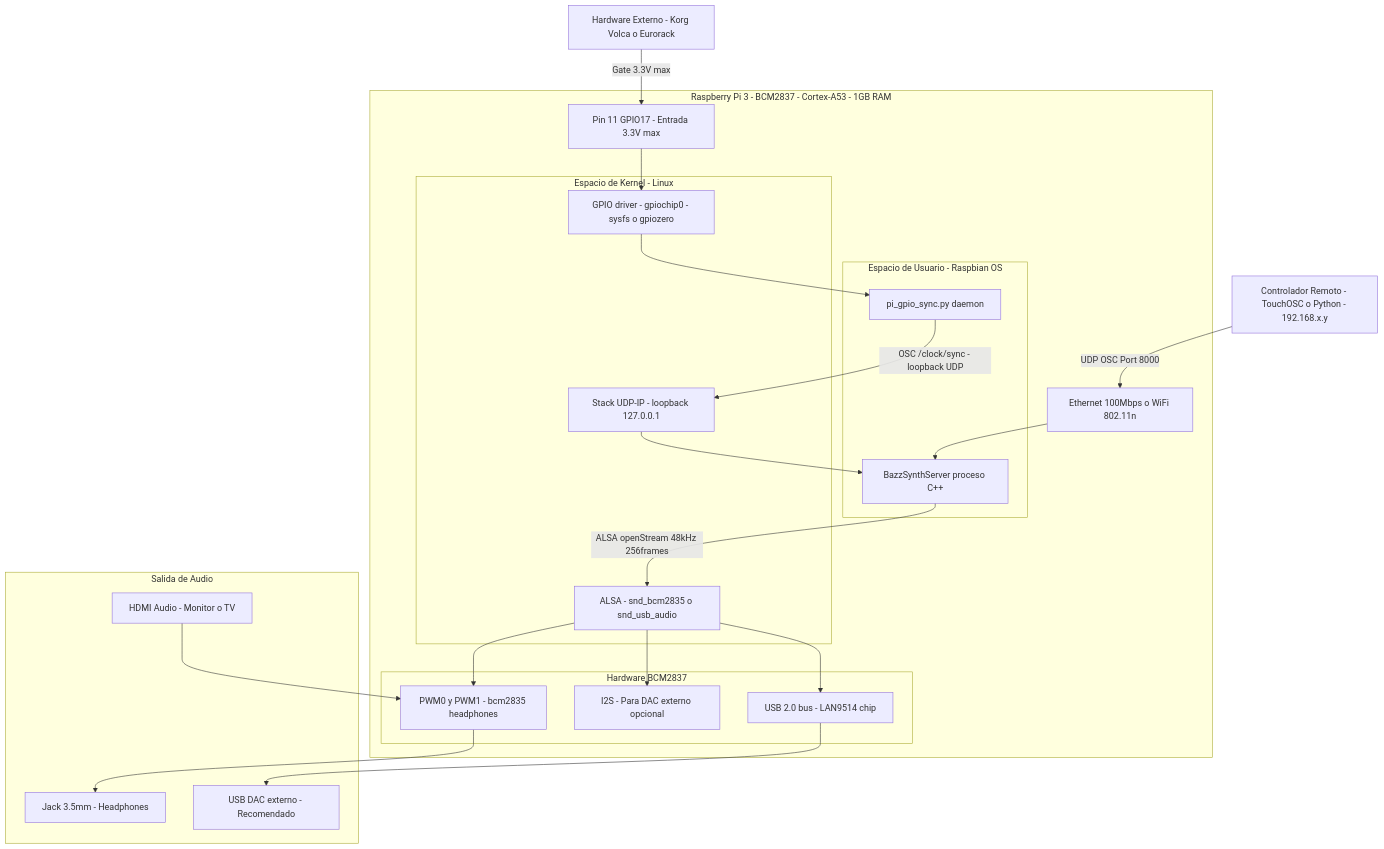
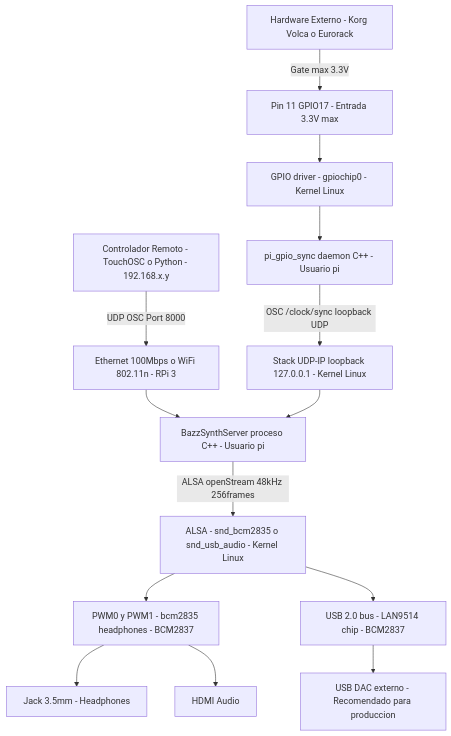
The seventh of 12 diagrams in README.md (Zann181/sintetizador), drawn with Mermaid before and after one commit. The commit also changed other lines of this file and 21 other files, not shown here.

````diff
--- a/README.md
+++ b/README.md
@@ -928,50 +853,38 @@
 ```mermaid
 graph TD
     LAN_CLIENT["Controlador Remoto - TouchOSC o Python - 192.168.x.y"]
     GPIO_DEVICE["Hardware Externo - Korg Volca o Eurorack"]
 
-    subgraph RPI3["Raspberry Pi 3 - BCM2837 - Cortex-A53 - 1GB RAM"]
-        ETH_WIFI["Ethernet 100Mbps o WiFi 802.11n"]
-        GPIO17_NODE["Pin 11 GPIO17 - Entrada 3.3V max"]
+    ETH_WIFI["Ethernet 100Mbps o WiFi 802.11n - RPi 3"]
+    GPIO17_NODE["Pin 11 GPIO17 - Entrada 3.3V max"]
 
-        subgraph USER_SPACE["Espacio de Usuario - Raspbian OS"]
-            SYNTH_PROC["BazzSynthServer proceso C++"]
-            GPIO_DAEMON["pi_gpio_sync.py daemon"]
-        end
+    SYNTH_PROC["BazzSynthServer proceso C++ - Usuario pi"]
+    GPIO_DAEMON["pi_gpio_sync daemon C++ - Usuario pi"]
 
-        subgraph KERNEL_SPACE["Espacio de Kernel - Linux"]
-            ALSA_DRIVER["ALSA - snd_bcm2835 o snd_usb_audio"]
-            GPIO_DRIVER["GPIO driver - gpiochip0 - sysfs o gpiozero"]
-            NET_STACK["Stack UDP-IP - loopback 127.0.0.1"]
-        end
+    ALSA_DRIVER["ALSA - snd_bcm2835 o snd_usb_audio - Kernel Linux"]
+    GPIO_DRIVER["GPIO driver - gpiochip0 - Kernel Linux"]
+    NET_STACK["Stack UDP-IP loopback 127.0.0.1 - Kernel Linux"]
 
-        subgraph HARDWARE_LAYER["Hardware BCM2837"]
-            BCM_PWM["PWM0 y PWM1 - bcm2835 headphones"]
-            BCM_I2S["I2S - Para DAC externo opcional"]
-            USB_BUS["USB 2.0 bus - LAN9514 chip"]
-        end
-    end
+    BCM_PWM["PWM0 y PWM1 - bcm2835 headphones - BCM2837"]
+    USB_BUS["USB 2.0 bus - LAN9514 chip - BCM2837"]
 
-    subgraph AUDIO_OUT["Salida de Audio"]
-        JACK_35["Jack 3.5mm - Headphones"]
-        USB_DAC["USB DAC externo - Recomendado"]
-        HDMI_AUDIO["HDMI Audio - Monitor o TV"]
-    end
+    JACK_35["Jack 3.5mm - Headphones"]
+    USB_DAC["USB DAC externo - Recomendado para produccion"]
+    HDMI_AUDIO["HDMI Audio"]
 
     LAN_CLIENT -->|"UDP OSC Port 8000"| ETH_WIFI
-    GPIO_DEVICE -->|"Gate 3.3V max"| GPIO17_NODE
+    GPIO_DEVICE -->|"Gate max 3.3V"| GPIO17_NODE
 
     ETH_WIFI --> SYNTH_PROC
     GPIO17_NODE --> GPIO_DRIVER
     GPIO_DRIVER --> GPIO_DAEMON
-    GPIO_DAEMON -->|"OSC /clock/sync - loopback UDP"| NET_STACK
+    GPIO_DAEMON -->|"OSC /clock/sync loopback UDP"| NET_STACK
     NET_STACK --> SYNTH_PROC
 
     SYNTH_PROC -->|"ALSA openStream 48kHz 256frames"| ALSA_DRIVER
     ALSA_DRIVER --> BCM_PWM
     ALSA_DRIVER --> USB_BUS
-    ALSA_DRIVER --> BCM_I2S
     BCM_PWM --> JACK_35
+    BCM_PWM --> HDMI_AUDIO
     USB_BUS --> USB_DAC
-    HDMI_AUDIO --> BCM_PWM
 ```
````
